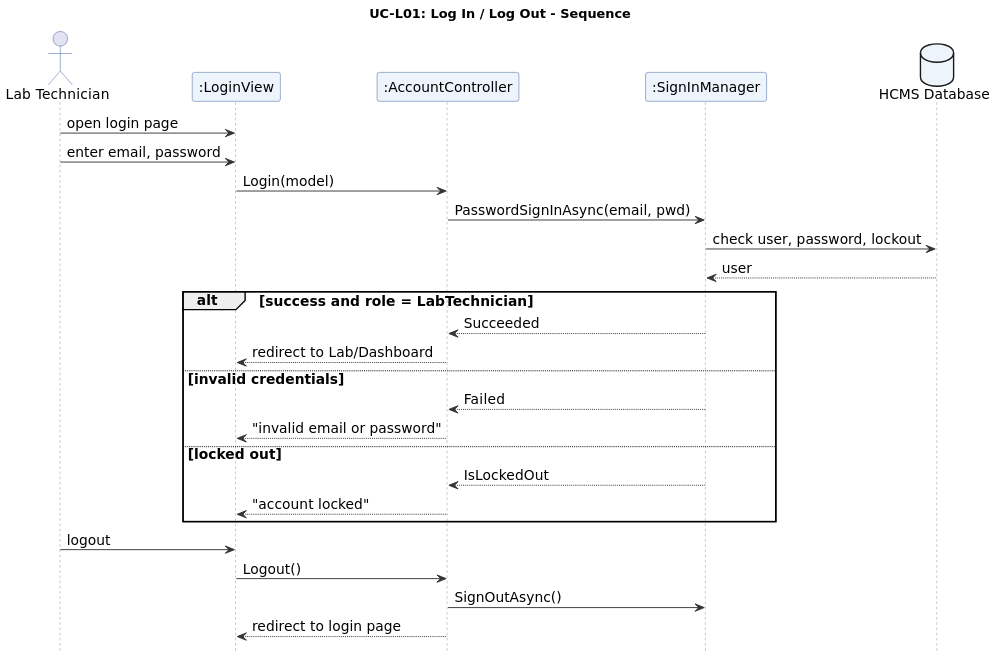
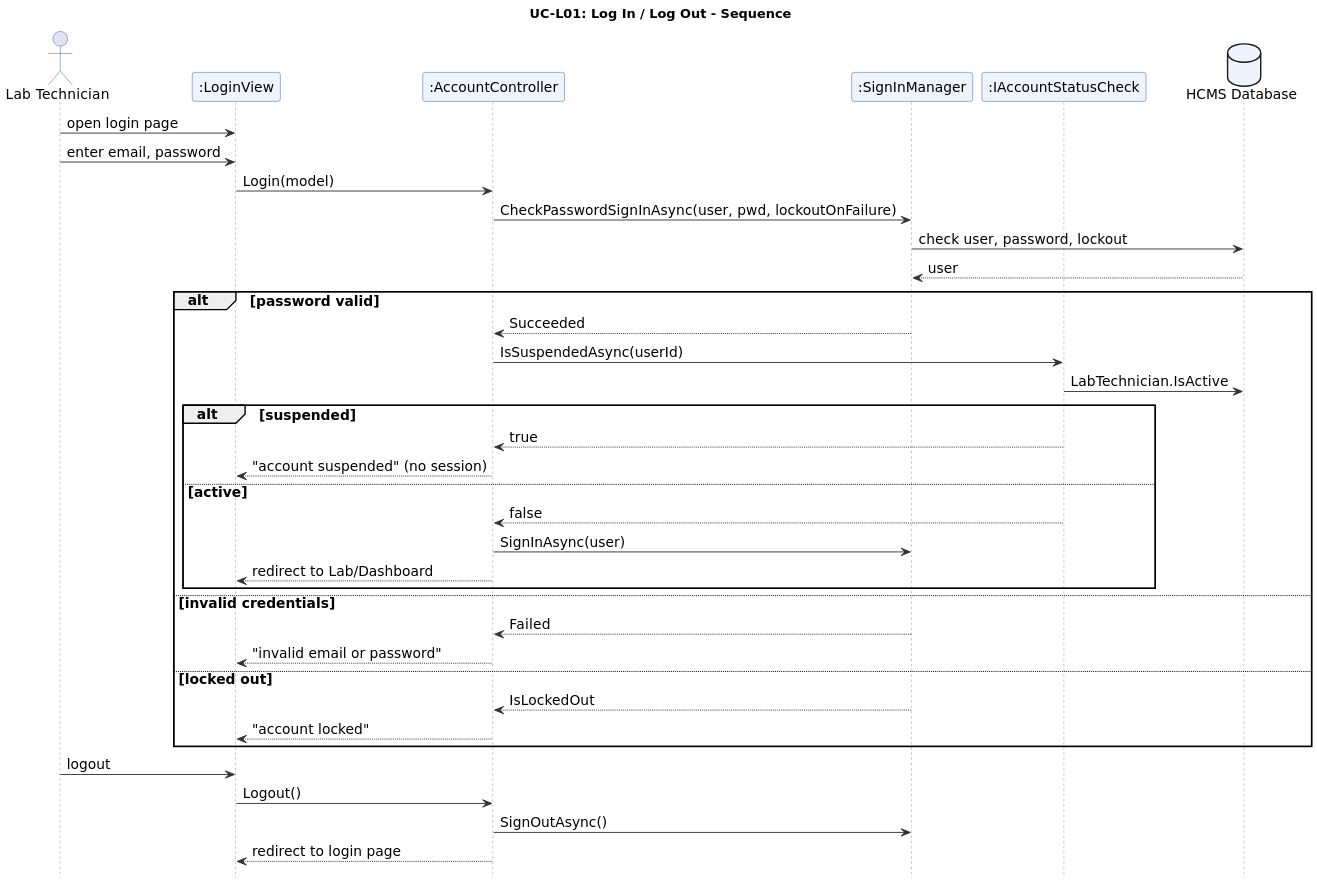
One commit to aymansl/HCMS changed the diagram in docs/diagrams/UC-L01_seq.puml. Above: the diagram before and after it, drawn with PlantUML. The commit also changed 25 other files, not shown here.

First line of the commit message:
feat(lab): lab technician accounts, lab dashboard and sign-in (L1)

```diff
--- a/docs/diagrams/UC-L01_seq.puml
+++ b/docs/diagrams/UC-L01_seq.puml
@@ -1,50 +1,60 @@
 @startuml
 skinparam dpi 170
 skinparam shadowing false
 skinparam defaultFontName DejaVu Sans
 skinparam defaultFontSize 12
 skinparam ArrowColor #333333
 skinparam ActivityBackgroundColor #EEF4FB
 skinparam ActivityBorderColor #2F5597
 skinparam ActivityDiamondBackgroundColor #FFF7E0
 skinparam SwimlaneTitleFontStyle bold
 skinparam ParticipantBackgroundColor #EEF4FB
 skinparam ParticipantBorderColor #2F5597
 skinparam SequenceLifeLineBorderColor #888888
 skinparam UsecaseBackgroundColor #EEF4FB
 skinparam UsecaseBorderColor #2F5597
 skinparam ActorBorderColor #2F5597
 skinparam DatabaseBackgroundColor #EEF4FB
 skinparam SequenceGroupHeaderFontStyle bold
 title UC-L01: Log In / Log Out - Sequence
 skinparam defaultFontSize 15
 skinparam ParticipantFontSize 15
 skinparam ActorFontSize 15
 skinparam DatabaseFontSize 15
 hide footbox
 actor "Lab Technician" as U
 participant ":LoginView" as V
 participant ":AccountController" as C
 participant ":SignInManager" as S
+participant ":IAccountStatusCheck" as AS
 database "HCMS Database" as DB
 U -> V : open login page
 U -> V : enter email, password
 V -> C : Login(model)
-C -> S : PasswordSignInAsync(email, pwd)
+C -> S : CheckPasswordSignInAsync(user, pwd, lockoutOnFailure)
 S -> DB : check user, password, lockout
 DB --> S : user
-alt success and role = LabTechnician
+alt password valid
   S --> C : Succeeded
-  C --> V : redirect to Lab/Dashboard
+  C -> AS : IsSuspendedAsync(userId)
+  AS -> DB : LabTechnician.IsActive
+  alt suspended
+    AS --> C : true
+    C --> V : "account suspended" (no session)
+  else active
+    AS --> C : false
+    C -> S : SignInAsync(user)
+    C --> V : redirect to Lab/Dashboard
+  end
 else invalid credentials
   S --> C : Failed
   C --> V : "invalid email or password"
 else locked out
   S --> C : IsLockedOut
   C --> V : "account locked"
 end
 U -> V : logout
 V -> C : Logout()
 C -> S : SignOutAsync()
 C --> V : redirect to login page
 @enduml
```
